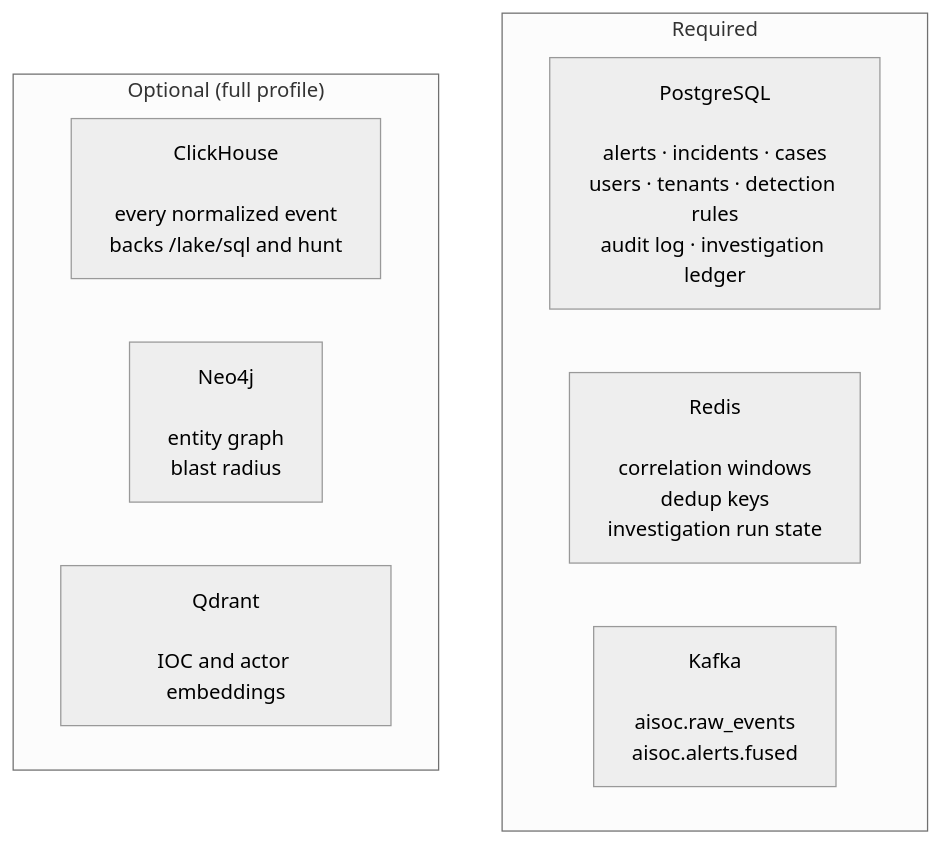
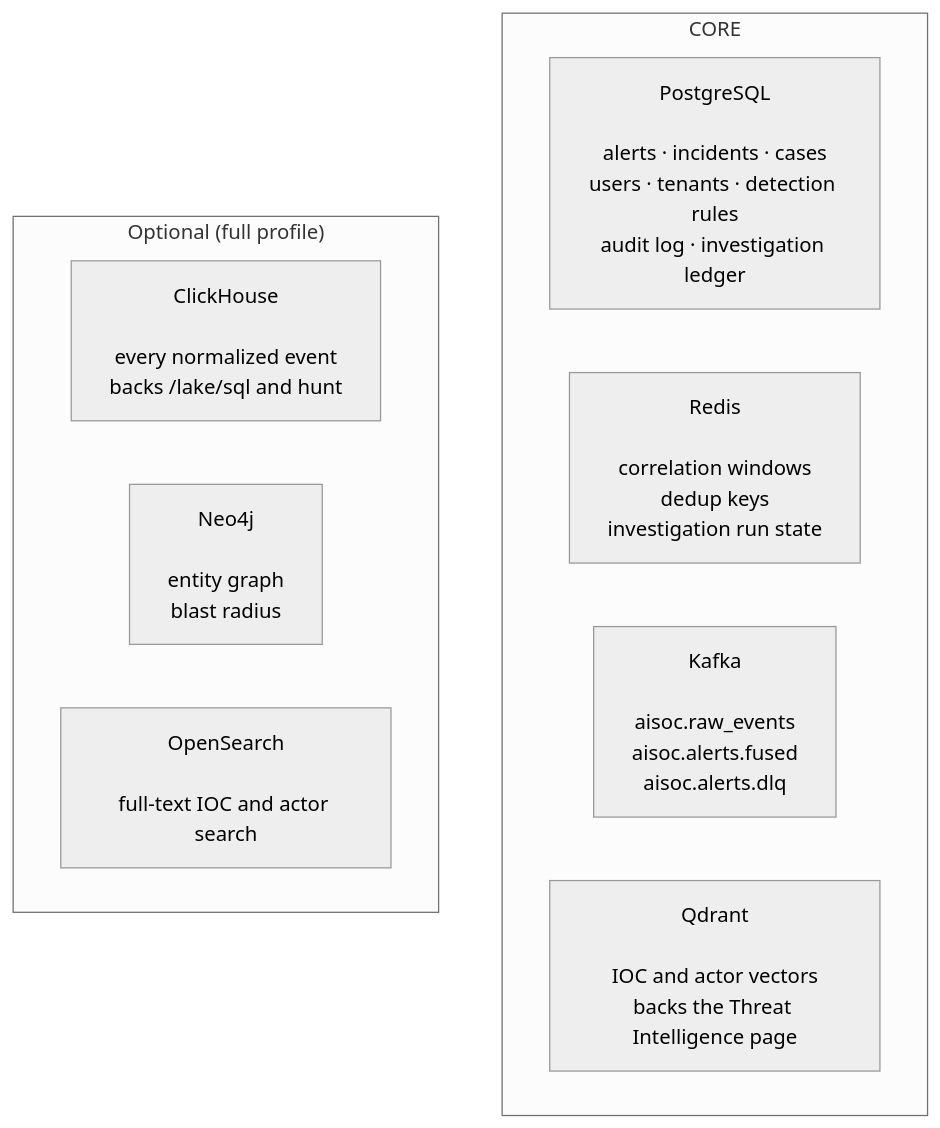
Before and after one commit to beenuar/AiSOC: the third of 5 diagrams in docs/architecture/README.md, drawn with Mermaid (neutral theme). The commit also changed other lines of this file and 96 other files, not shown here.

````diff
--- a/docs/architecture/README.md
+++ b/docs/architecture/README.md
@@ -152,14 +157,15 @@
 ```mermaid
 flowchart TB
-    subgraph req ["Required"]
+    subgraph req ["CORE"]
         pg["PostgreSQL<br/><br/>alerts · incidents · cases<br/>users · tenants · detection rules<br/>audit log · investigation ledger"]
         rds["Redis<br/><br/>correlation windows<br/>dedup keys<br/>investigation run state"]
-        kaf["Kafka<br/><br/>aisoc.raw_events<br/>aisoc.alerts.fused"]
+        kaf["Kafka<br/><br/>aisoc.raw_events<br/>aisoc.alerts.fused<br/>aisoc.alerts.dlq"]
+        qd["Qdrant<br/><br/>IOC and actor vectors<br/>backs the Threat Intelligence page"]
     end
 
     subgraph opt ["Optional (full profile)"]
         ch["ClickHouse<br/><br/>every normalized event<br/>backs /lake/sql and hunt"]
         neo["Neo4j<br/><br/>entity graph<br/>blast radius"]
-        qd["Qdrant<br/><br/>IOC and actor embeddings"]
+        os["OpenSearch<br/><br/>full-text IOC and actor search"]
     end
 ```
````
